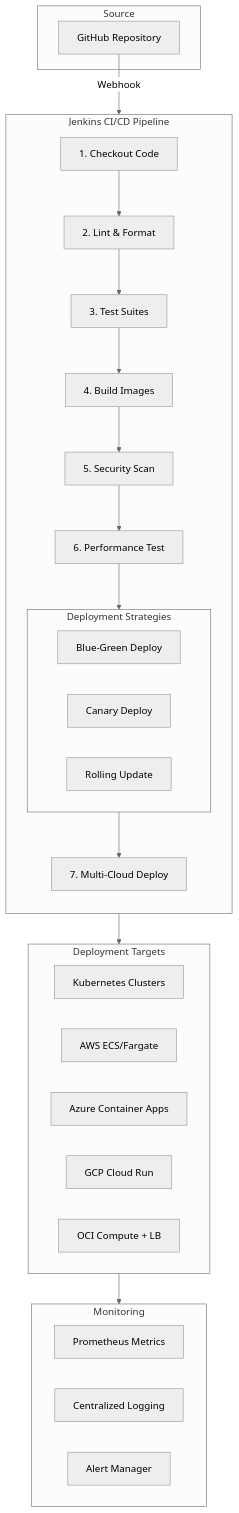
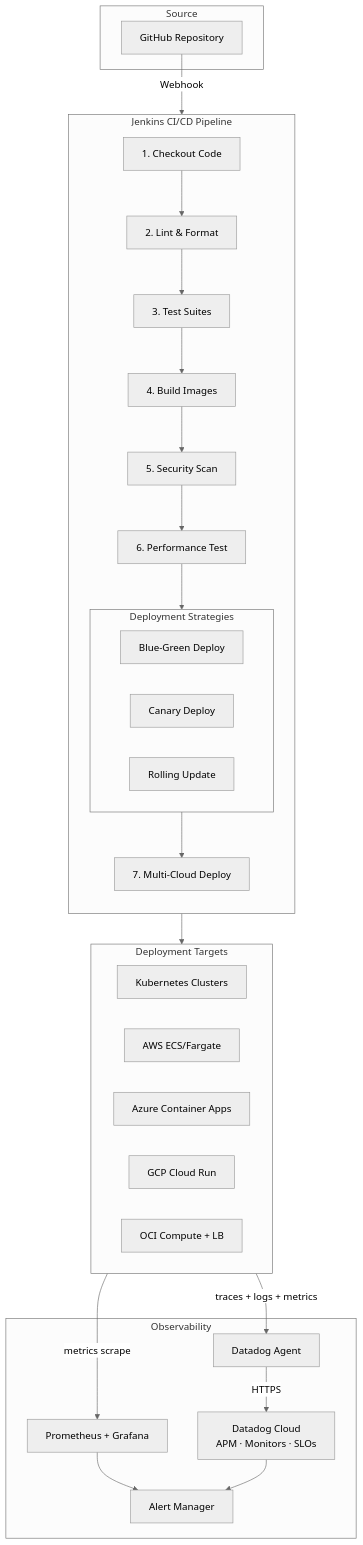
Before and after one commit to hoangsonww/EstateWise-Chapel-Hill-Chatbot: the first of 8 diagrams in DEVOPS.md, drawn with Mermaid (neutral theme). The commit also changed other lines of this file and 26 other files, not shown here.

Commit message:
feat(datadog): integrate Datadog observability with deployment events and metrics

````diff
--- a/DEVOPS.md
+++ b/DEVOPS.md
@@ -71,50 +77,55 @@
 ```mermaid
 flowchart TB
     subgraph Source
         GH[GitHub Repository]
     end
 
     subgraph Jenkins["Jenkins CI/CD Pipeline"]
         direction TB
         Checkout[1. Checkout Code]
         Lint[2. Lint & Format]
         Test[3. Test Suites]
         Build[4. Build Images]
         Scan[5. Security Scan]
         Benchmark[6. Performance Test]
 
         subgraph DeployStrategies["Deployment Strategies"]
             BlueGreen[Blue-Green Deploy]
             Canary[Canary Deploy]
             Rolling[Rolling Update]
         end
 
         MultiCloud[7. Multi-Cloud Deploy]
 
         Checkout --> Lint
         Lint --> Test
         Test --> Build
         Build --> Scan
         Scan --> Benchmark
         Benchmark --> DeployStrategies
         DeployStrategies --> MultiCloud
     end
 
     subgraph Targets["Deployment Targets"]
         K8s[Kubernetes Clusters]
         AWS[AWS ECS/Fargate]
         Azure[Azure Container Apps]
         GCP[GCP Cloud Run]
         OCI[OCI Compute + LB]
     end
 
-    subgraph Monitoring
-        Prometheus[Prometheus Metrics]
-        Logs[Centralized Logging]
+    subgraph Monitoring["Observability"]
+        Prometheus[Prometheus + Grafana]
+        DD[Datadog Agent]
+        DDCloud[Datadog Cloud<br/>APM · Monitors · SLOs]
         Alerts[Alert Manager]
     end
 
     GH -->|Webhook| Jenkins
     MultiCloud --> Targets
-    Targets --> Monitoring
+    Targets -->|metrics scrape| Prometheus
+    Targets -->|traces + logs + metrics| DD
+    DD -->|HTTPS| DDCloud
+    Prometheus --> Alerts
+    DDCloud --> Alerts
 ```
````
